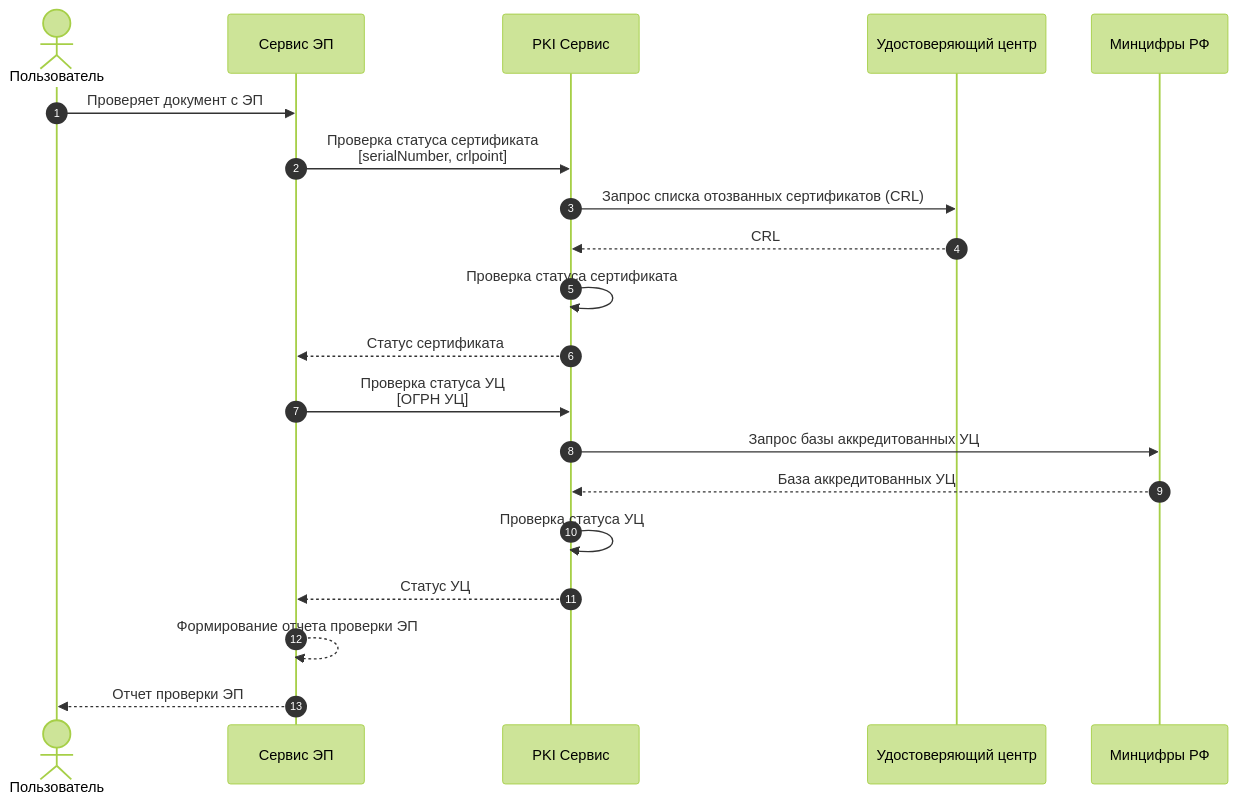
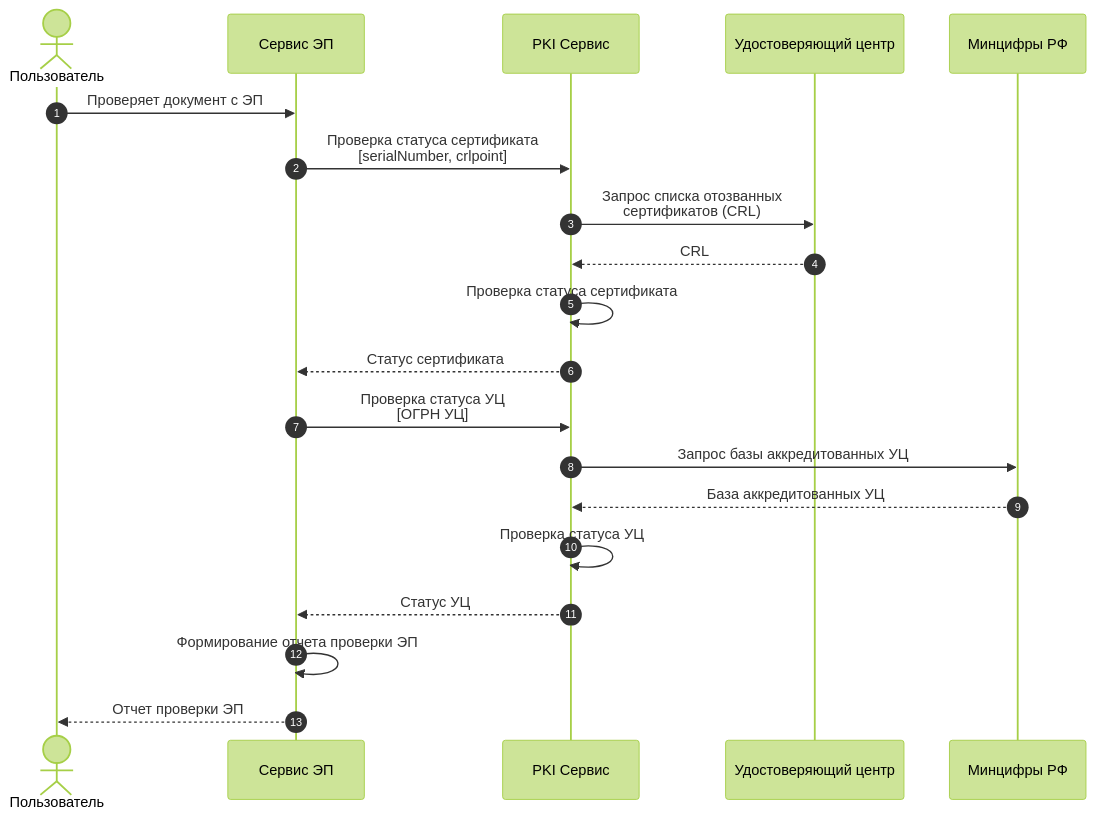
Before and after one commit to developer-rulink/rulink-docs: the diagram in pki/docs/index.md, drawn with Mermaid (forest theme).

````diff
--- a/pki/docs/index.md
+++ b/pki/docs/index.md
@@ -18,26 +18,26 @@
 ```mermaid
 sequenceDiagram
     autonumber
     actor User as Пользователь
     participant Service as Сервис ЭП   
     participant PKI as PKI Сервис
     participant CA as Удостоверяющий центр
     participant GOV as Минцифры РФ
 
 
     User->>Service: Проверяет документ с ЭП
     Service->>PKI: Проверка статуса сертификата<br/>[serialNumber, crlpoint]
-    PKI->>CA: Запрос списка отозванных сертификатов (CRL)
+    PKI->>CA: Запрос списка отозванных<br/>сертификатов (CRL)
     CA-->>PKI: CRL
     PKI->>PKI: Проверка статуса сертификата
     PKI-->>Service: Статус сертификата
     
     Service->>PKI: Проверка статуса УЦ<br/>[ОГРН УЦ]
     PKI->>GOV: Запрос базы аккредитованных УЦ
     GOV-->>PKI: База аккредитованных УЦ
     PKI->>PKI: Проверка статуса УЦ
     PKI-->>Service: Статус УЦ
     
-    Service-->>Service: Формирование отчета проверки ЭП
+    Service->>Service: Формирование отчета проверки ЭП
     Service-->>User: Отчет проверки ЭП
 ```
````
